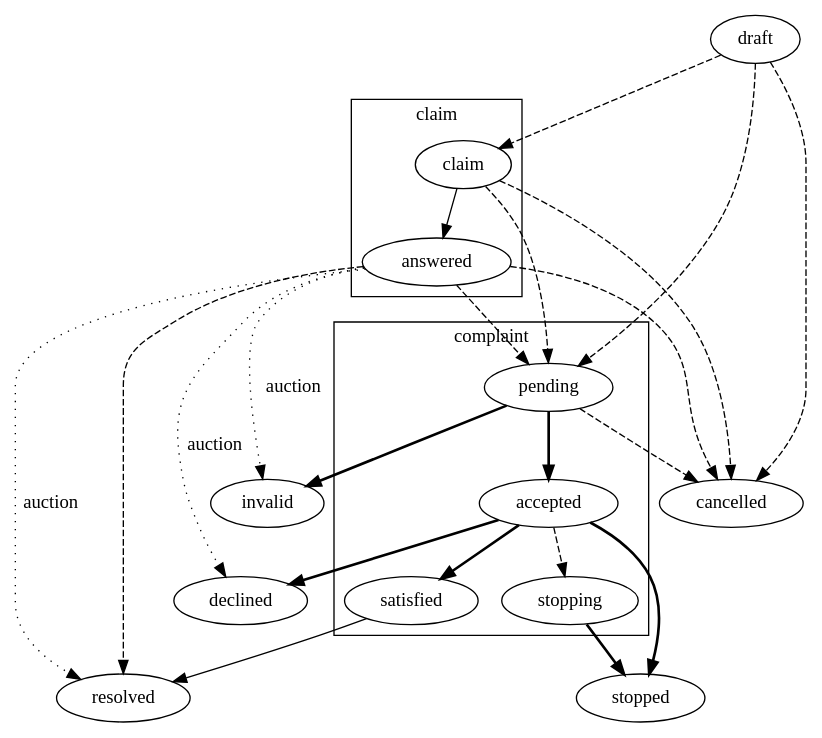
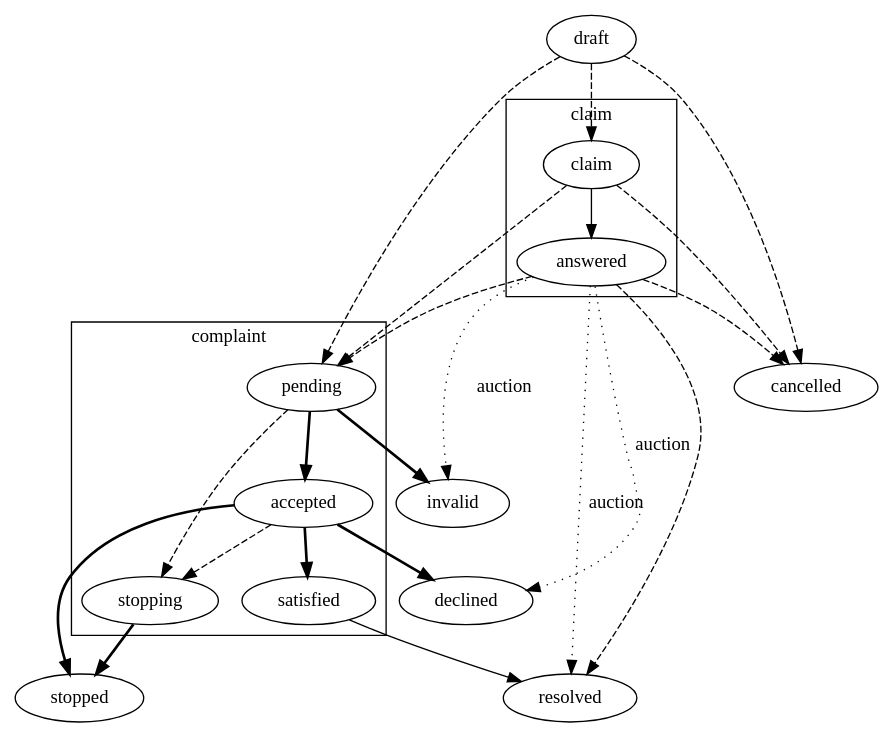
The first of 2 diagrams in docs/source/complaints.rst (ProzorroUKR/openprocurement.api), drawn with Graphviz before and after one commit. The commit also changed other lines of this file and 45 other files, not shown here.

Commit message:
Complaints: pending=>stopping

```diff
--- a/docs/source/complaints.rst
+++ b/docs/source/complaints.rst
@@ -18,26 +18,27 @@
 .. graphviz::
 
     digraph G {
         subgraph cluster_claim {
             label = "claim";
             claim; answered;
         }
         subgraph cluster_complaint {
             label = "complaint";
             pending; satisfied; accepted; stopping;
         }
         claim -> answered;
         satisfied -> resolved;
         edge[style=dashed];
         answered -> {pending,resolved};
         draft -> {claim,pending};
         claim -> pending;
-        {draft,claim,answered,pending} -> cancelled;
+        {draft,claim,answered} -> cancelled;
+        pending -> stopping;
         accepted -> stopping;
         edge[style=bold];
         pending -> {accepted,invalid};
         accepted -> {declined,satisfied,stopped};
         stopping -> stopped;
         edge[label="auction" style=dotted];
-        answered -> {declined,resolved,invalid};
+        answered -> {invalid,declined,resolved};
     }
```
